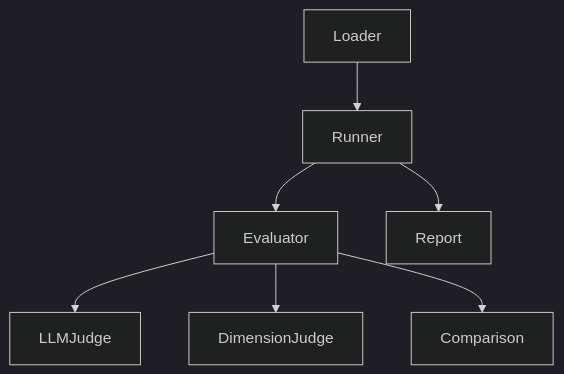
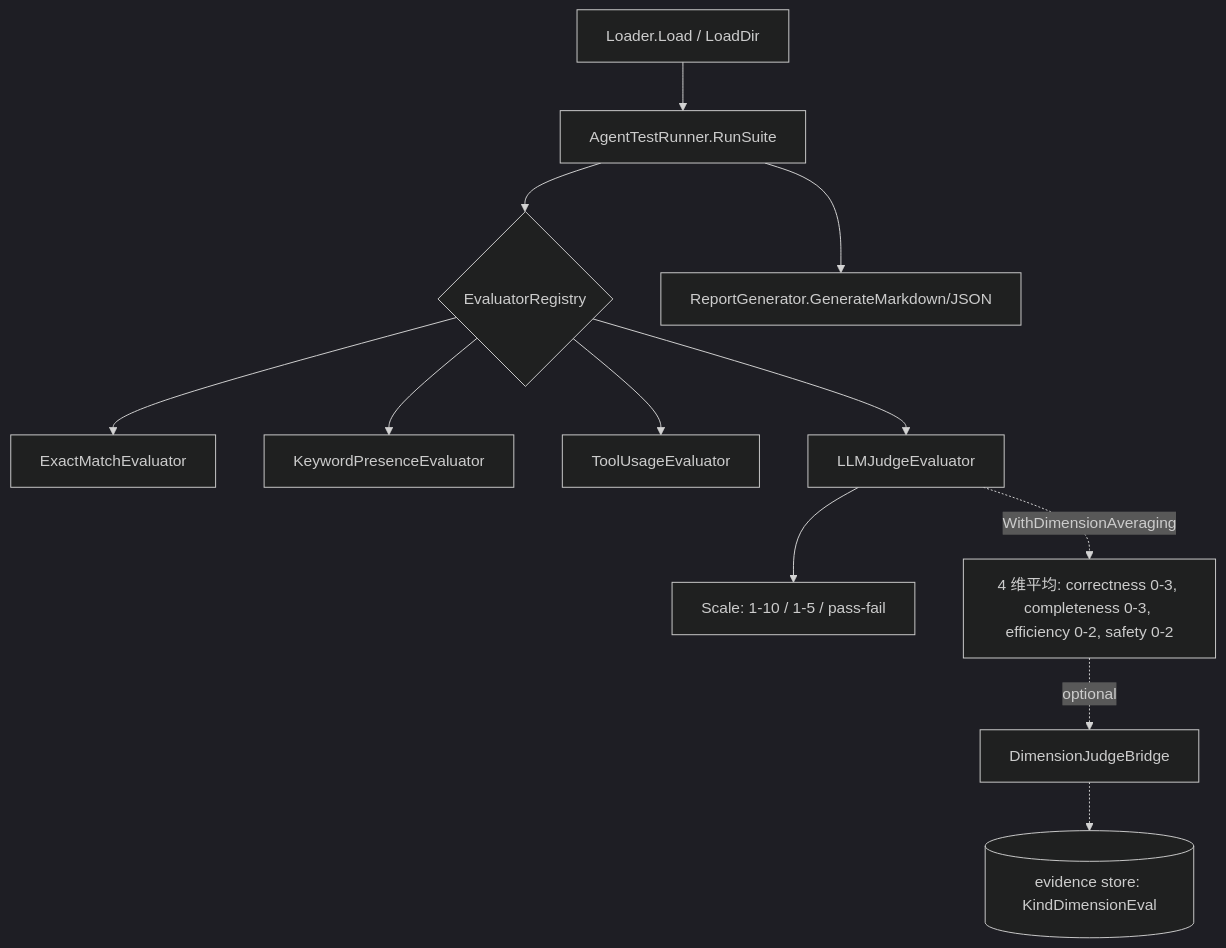
Before and after one commit to Timwood0x10/ARES: the first of 2 diagrams in docs/articles/zh/21-evaluation-framework.md, drawn with Mermaid (dark theme). The commit also changed other lines of this file and 2423 other files, not shown here.

````diff
--- a/docs/articles/zh/21-evaluation-framework.md
+++ b/docs/articles/zh/21-evaluation-framework.md
@@ -27,9 +27,14 @@
 ```mermaid
 graph TD
-    L[Loader] --> R[Runner]
-    R --> EV[Evaluator]
-    EV --> LJ[LLMJudge]
-    EV --> DJ[DimensionJudge]
-    EV --> CO[Comparison]
-    R --> RE[Report]
+    L[Loader.Load / LoadDir] --> R[AgentTestRunner.RunSuite]
+    R --> E{EvaluatorRegistry}
+    R --> G[ReportGenerator.GenerateMarkdown/JSON]
+    E --> EM[ExactMatchEvaluator]
+    E --> KP[KeywordPresenceEvaluator]
+    E --> TU[ToolUsageEvaluator]
+    E --> LJ[LLMJudgeEvaluator]
+    LJ --> SA[Scale: 1-10 / 1-5 / pass-fail]
+    LJ -.WithDimensionAveraging.-> DA[4 维平均: correctness 0-3, completeness 0-3, efficiency 0-2, safety 0-2]
+    DA -.optional.-> EB[DimensionJudgeBridge]
+    EB -.-> ES[(evidence store: KindDimensionEval)]
 ```
````
